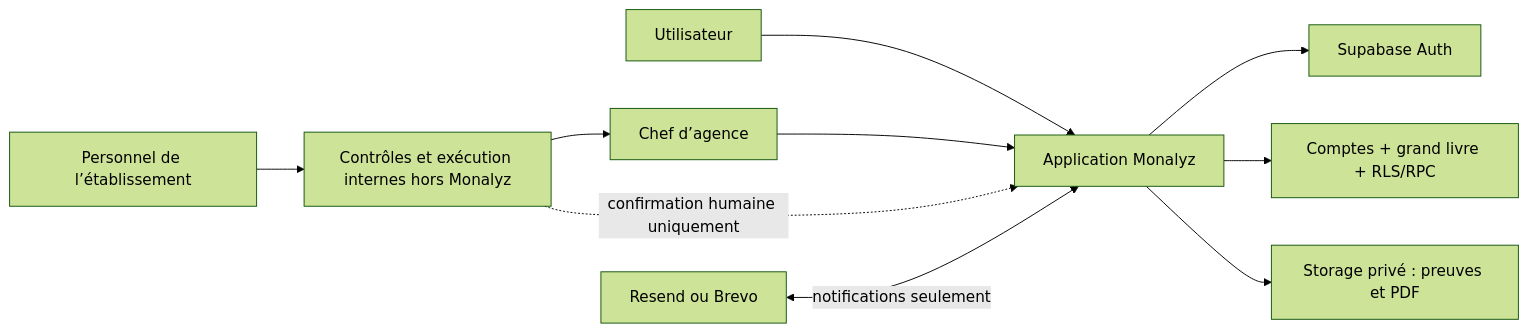
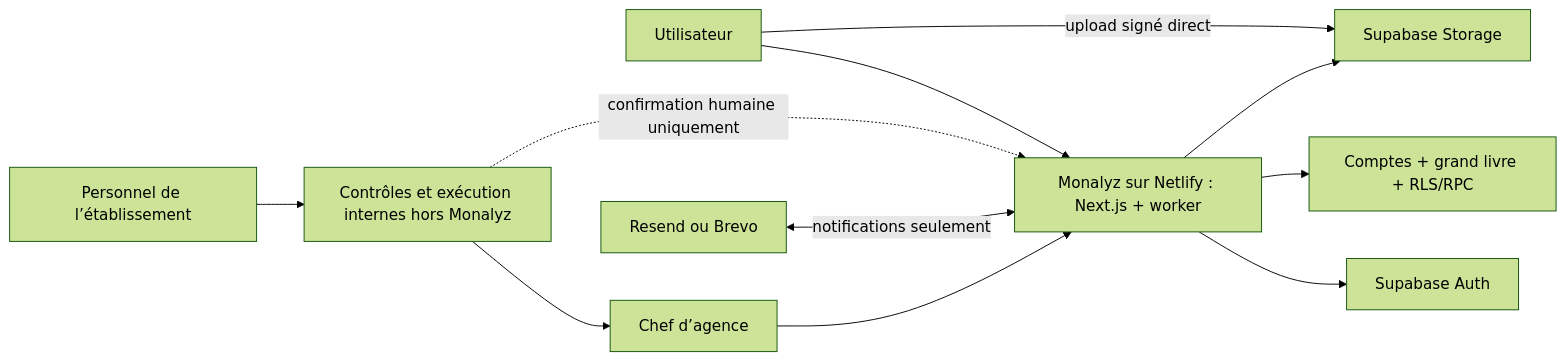
Before and after one commit to kalybanky-jpg/kalybank: the first of 3 diagrams in docs/architecture.md, drawn with Mermaid (forest theme). The commit also changed other lines of this file and 33 other files, not shown here.

````diff
--- a/docs/architecture.md
+++ b/docs/architecture.md
@@ -19,12 +20,13 @@
 ```mermaid
 flowchart LR
-  U["Utilisateur"] --> N["Application Monalyz"]
+  U["Utilisateur"] --> N["Monalyz sur Netlify : Next.js + worker"]
   C["Chef d’agence"] --> N
   N --> A["Supabase Auth"]
   N --> D["Comptes + grand livre + RLS/RPC"]
-  N --> P["Storage privé : preuves et PDF"]
+  U -->|"upload signé direct"| P["Supabase Storage"]
+  N --> P
   B["Personnel de l’établissement"] --> X["Contrôles et exécution internes hors Monalyz"]
   X --> C
   X -. "confirmation humaine uniquement" .-> N
   E["Resend ou Brevo"] <-->|"notifications seulement"| N
 ```
````
